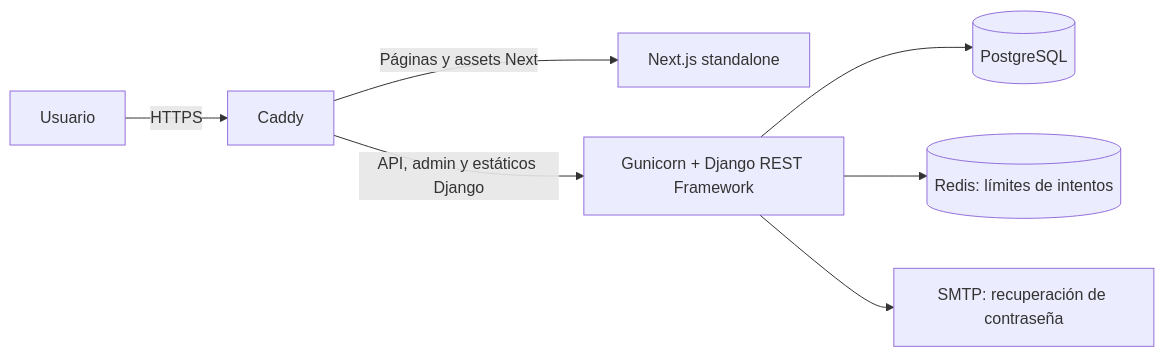
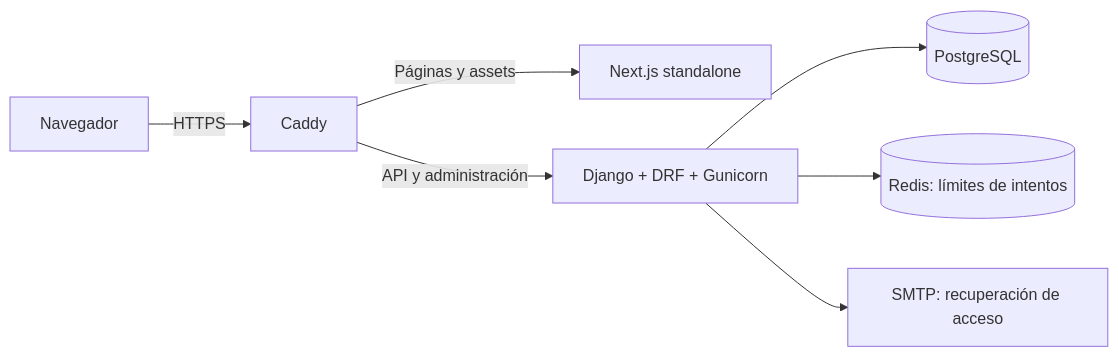
The diagram in README.md (nelsonvis3/fracxion-facturador), drawn with Mermaid before and after one commit. The commit also changed other lines of this file, not shown here.

````diff
--- a/README.md
+++ b/README.md
@@ -41,9 +72,9 @@
 ```mermaid
 flowchart LR
-    U[Usuario] -->|HTTPS| C[Caddy]
-    C -->|Páginas y assets Next| N[Next.js standalone]
-    C -->|API, admin y estáticos Django| D[Gunicorn + Django REST Framework]
+    U[Navegador] -->|HTTPS| C[Caddy]
+    C -->|Páginas y assets| N[Next.js standalone]
+    C -->|API y administración| D[Django + DRF + Gunicorn]
     D --> P[(PostgreSQL)]
     D --> R[(Redis: límites de intentos)]
-    D --> M[SMTP: recuperación de contraseña]
+    D --> M[SMTP: recuperación de acceso]
 ```
````
